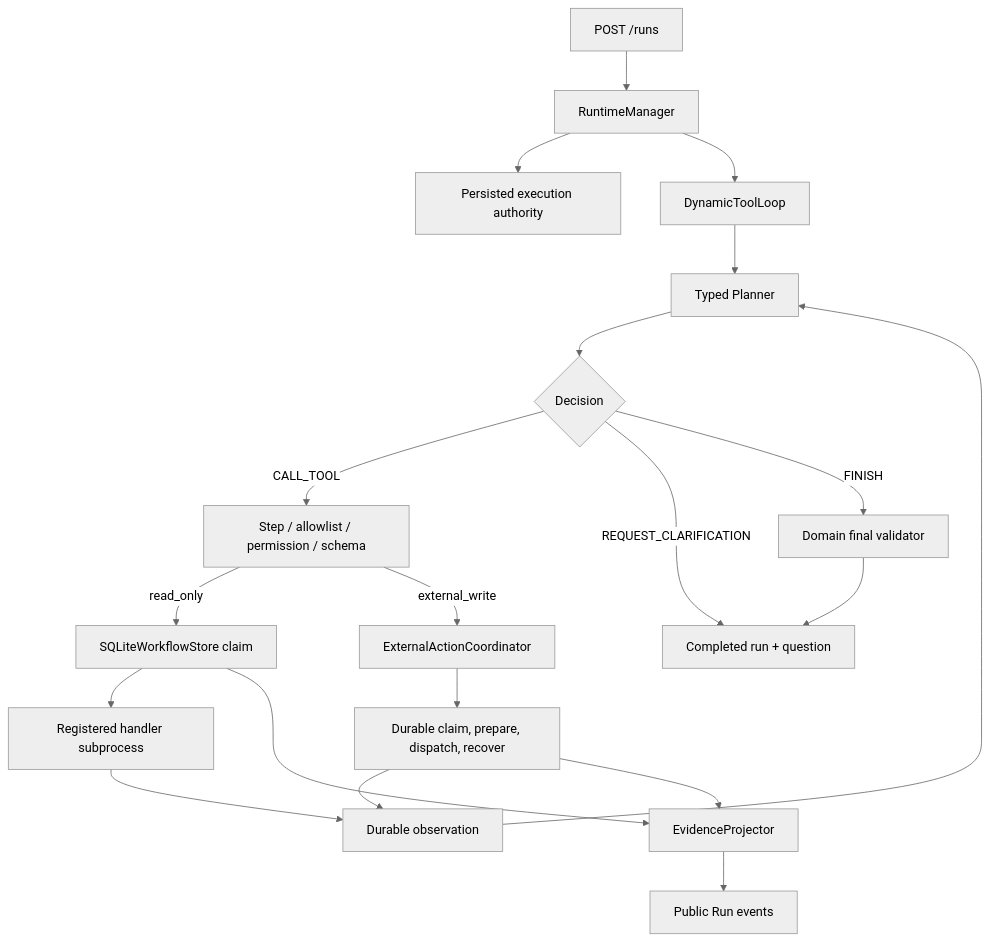
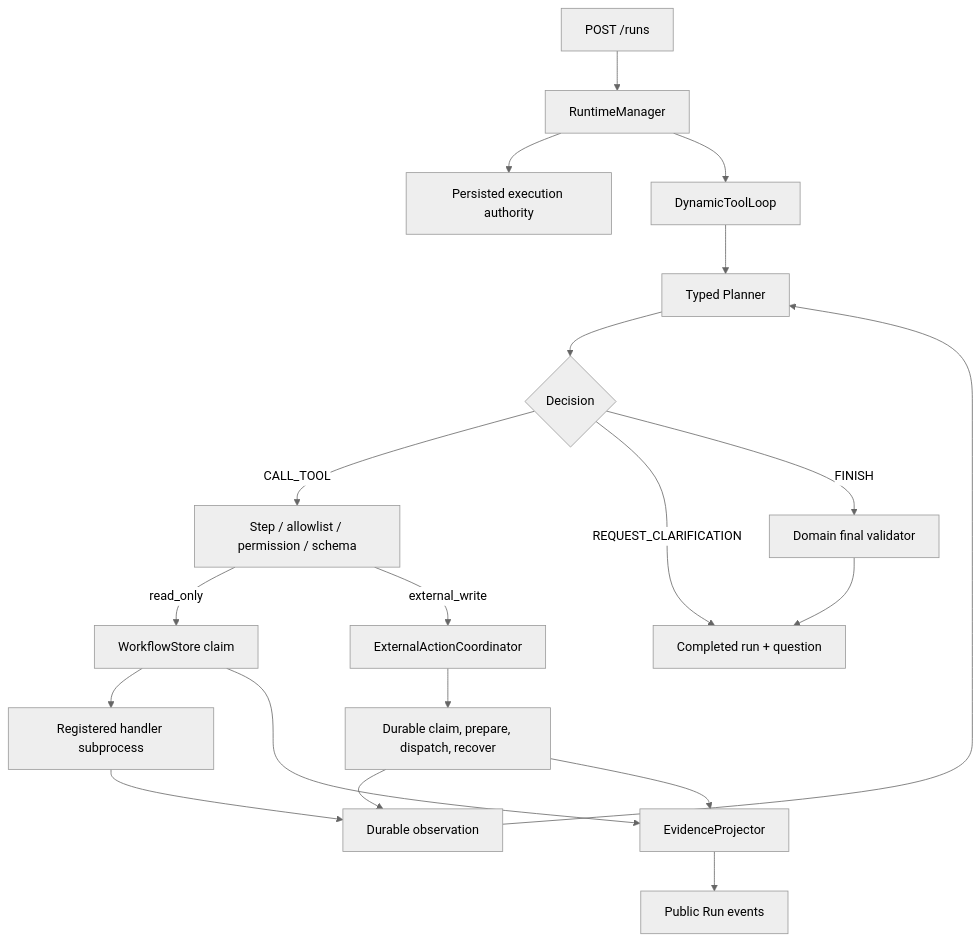
The diagram in docs/dynamic-tool-loop.md (YingzuoLiu/agent-runtime-platform), drawn with Mermaid (neutral theme) before and after one commit. The commit also changed other lines of this file and 10 other files, not shown here.

Commit message:
refactor: introduce workflow store protocol

````diff
--- a/docs/dynamic-tool-loop.md
+++ b/docs/dynamic-tool-loop.md
@@ -10,22 +10,22 @@
 ```mermaid
 flowchart TD
     API["POST /runs"] --> RM["RuntimeManager"]
     RM --> AUTH["Persisted execution authority"]
     RM --> LOOP["DynamicToolLoop"]
     LOOP --> PLAN["Typed Planner"]
     PLAN --> DEC{"Decision"}
     DEC -->|CALL_TOOL| POLICY["Step / allowlist / permission / schema"]
-    POLICY -->|read_only| LEDGER["SQLiteWorkflowStore claim"]
+    POLICY -->|read_only| LEDGER["WorkflowStore claim"]
     LEDGER --> SANDBOX["Registered handler subprocess"]
     POLICY -->|external_write| COORD["ExternalActionCoordinator"]
     COORD --> ACTION["Durable claim, prepare, dispatch, recover"]
     SANDBOX --> OBS["Durable observation"]
     ACTION --> OBS
     LEDGER --> PROJECT["EvidenceProjector"]
     ACTION --> PROJECT
     PROJECT --> EVENTS["Public Run events"]
     OBS --> PLAN
     DEC -->|REQUEST_CLARIFICATION| OUTCOME["Completed run + question"]
     DEC -->|FINISH| VALIDATE["Domain final validator"]
     VALIDATE --> OUTCOME
 ```
````
